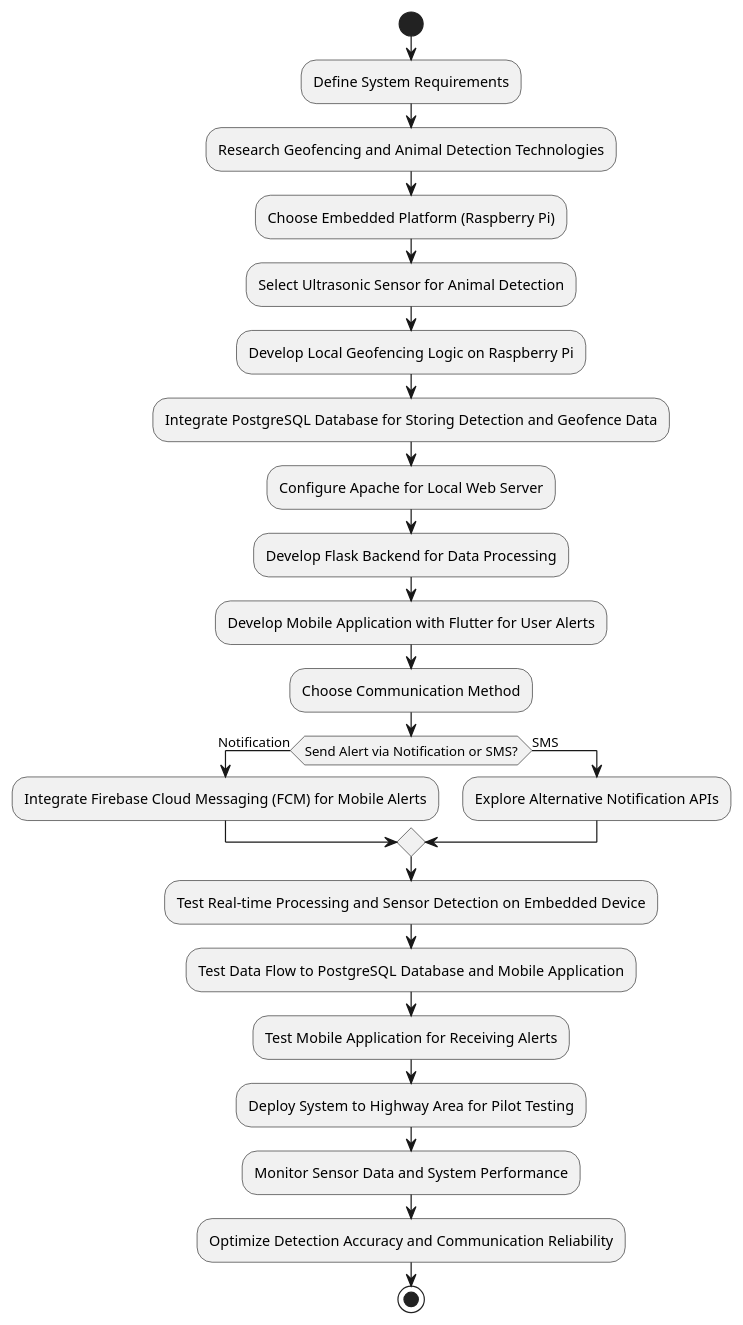
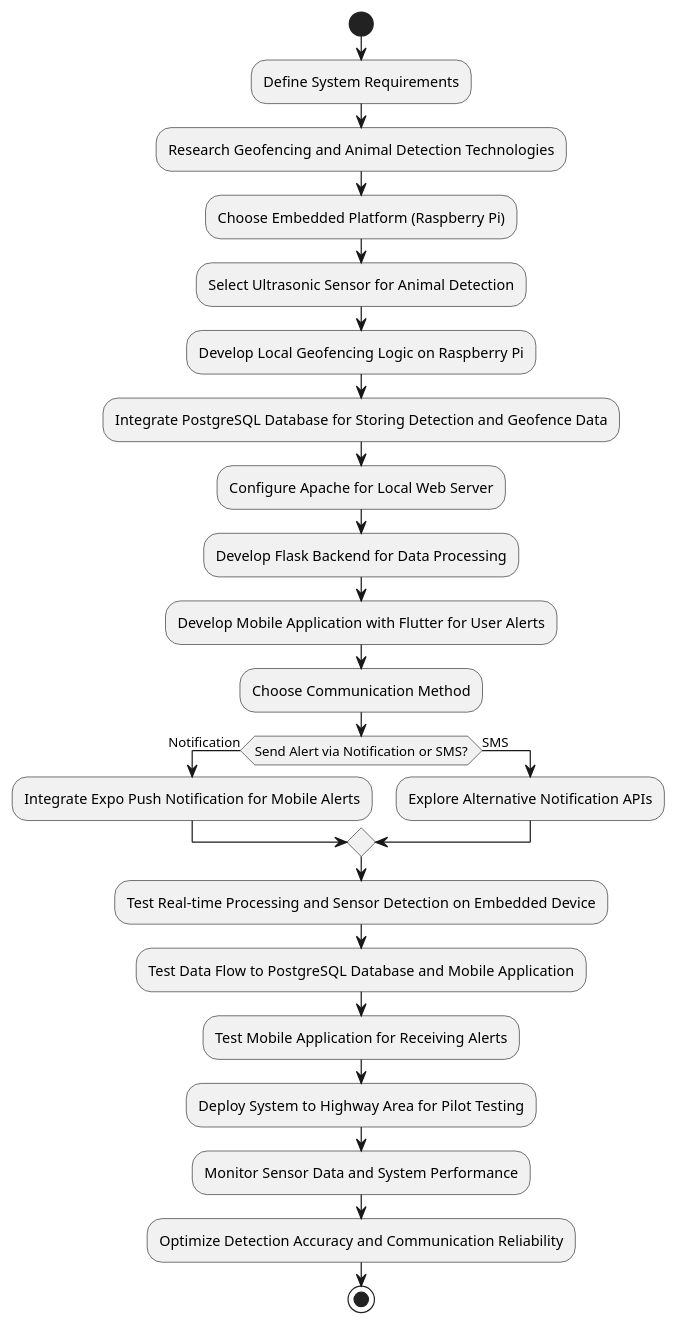
The diagram in docs/diagrams/workflow.puml (kxs1119/Detection-System), drawn with PlantUML before and after one commit. The commit also changed 40 other files, not shown here.

```diff
--- a/docs/diagrams/workflow.puml
+++ b/docs/diagrams/workflow.puml
@@ -1,32 +1,32 @@
 @startuml
 start
 :Define System Requirements;
 :Research Geofencing and Animal Detection Technologies;
 
 :Choose Embedded Platform (Raspberry Pi);
 :Select Ultrasonic Sensor for Animal Detection;
 
 :Develop Local Geofencing Logic on Raspberry Pi;
 :Integrate PostgreSQL Database for Storing Detection and Geofence Data;
 
 :Configure Apache for Local Web Server;
 :Develop Flask Backend for Data Processing;
 :Develop Mobile Application with Flutter for User Alerts;
 
 :Choose Communication Method;
 if (Send Alert via Notification or SMS?) then (Notification)
-    :Integrate Firebase Cloud Messaging (FCM) for Mobile Alerts;
+    :Integrate Expo Push Notification for Mobile Alerts;
 else (SMS)
     :Explore Alternative Notification APIs;
 endif
 
 :Test Real-time Processing and Sensor Detection on Embedded Device;
 :Test Data Flow to PostgreSQL Database and Mobile Application;
 :Test Mobile Application for Receiving Alerts;
 
 :Deploy System to Highway Area for Pilot Testing;
 :Monitor Sensor Data and System Performance;
 :Optimize Detection Accuracy and Communication Reliability;
 
 stop
 @enduml
```
